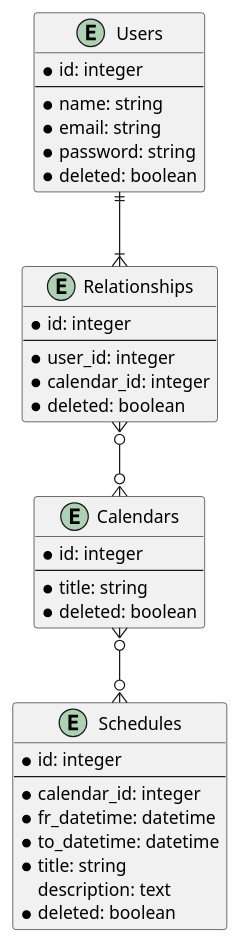
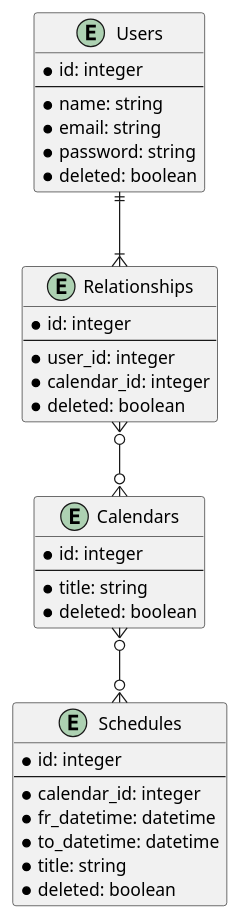
One commit to tee2pee/sample-scheduler-server changed the diagram in docs/model.pu. Above: the diagram before and after it, drawn with PlantUML. The commit also changed 5 other files, not shown here.

```diff
--- a/docs/model.pu
+++ b/docs/model.pu
@@ -1,44 +1,44 @@
 @startuml model
 
 entity "Users" as users {
   *id: integer
   --
   *name: string
   *email: string
   *password: string
   *deleted: boolean
 }
 
 entity "Relationships" as relationships {
   *id: integer
   --
   *user_id: integer
   *calendar_id: integer
   'permission: number
   *deleted: boolean
 }
 
 entity "Calendars" as calendars {
   *id: integer
   --
   *title: string
   *deleted: boolean
   ' kind: number (private, public)
 }
 
 entity "Schedules" as schedules {
   *id: integer
   --
   *calendar_id: integer
   *fr_datetime: datetime
   *to_datetime: datetime
   *title: string
-  description: text
+  ' description: text
   *deleted: boolean
 }
 
 users ||--|{ relationships
 relationships }o--o{ calendars
 calendars }o--o{ schedules
 
 @enduml
```
